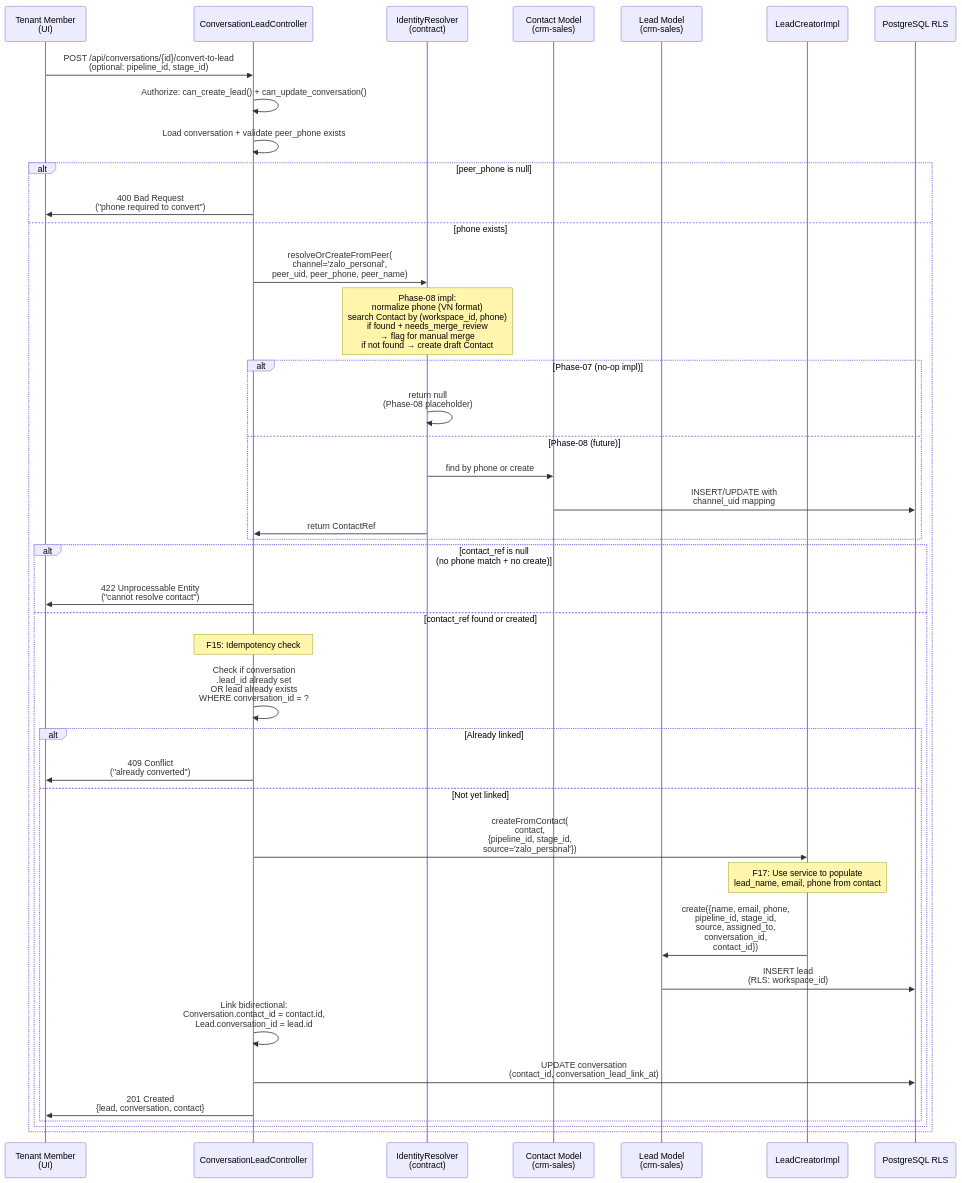
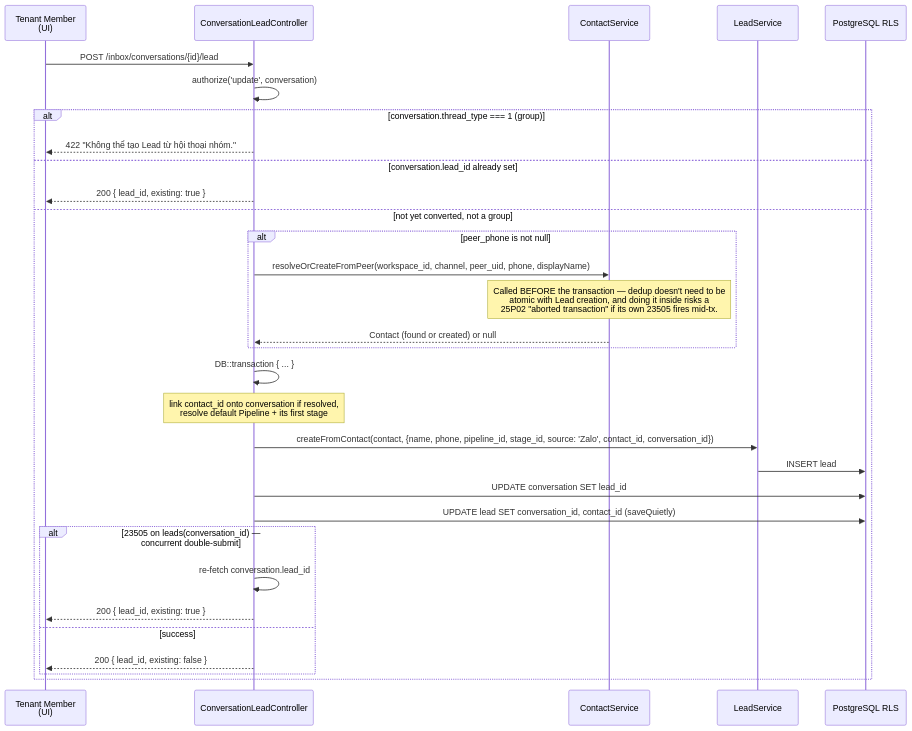
The diagram in docs/features/messaging/conversation-to-lead.md (locdev-2001/yona), drawn with Mermaid before and after one commit. The commit also changed other lines of this file and 292 other files, not shown here.

Commit message:
chore(inbox): baseline snapshot P07-P09 uncommitted work (pre-existing on main, committed as-is for P10-P12 base)

````diff
--- a/docs/features/messaging/conversation-to-lead.md
+++ b/docs/features/messaging/conversation-to-lead.md
@@ -29,52 +27,37 @@
 ```mermaid
 sequenceDiagram
     participant User as Tenant Member<br/>(UI)
     participant Controller as ConversationLeadController
-    participant IdentityResolver as IdentityResolver<br/>(contract)
-    participant Contact as Contact Model<br/>(crm-sales)
-    participant Lead as Lead Model<br/>(crm-sales)
-    participant LeadCreator as LeadCreatorImpl
+    participant ContactSvc as ContactService
+    participant LeadSvc as LeadService
     participant RLS as PostgreSQL RLS
 
-    User->>Controller: POST /api/conversations/{id}/convert-to-lead<br/>(optional: pipeline_id, stage_id)
-    Controller->>Controller: Authorize: can_create_lead() + can_update_conversation()
-    Controller->>Controller: Load conversation + validate peer_phone exists
-    
-    alt peer_phone is null
-        Controller->>User: 400 Bad Request<br/>("phone required to convert")
-    else phone exists
-        Controller->>IdentityResolver: resolveOrCreateFromPeer(<br/>channel='zalo_personal',<br/>peer_uid, peer_phone, peer_name)
-        
-        Note over IdentityResolver: Phase-08 impl: <br/>normalize phone (VN format)<br/>search Contact by (workspace_id, phone)<br/>if found + needs_merge_review<br/>→ flag for manual merge<br/>if not found → create draft Contact
-        
-        alt Phase-07 (no-op impl)
-            IdentityResolver->>IdentityResolver: return null<br/>(Phase-08 placeholder)
-        else Phase-08 (future)
-            IdentityResolver->>Contact: find by phone or create
-            Contact->>RLS: INSERT/UPDATE with<br/>channel_uid mapping
-            IdentityResolver->>Controller: return ContactRef
+    User->>Controller: POST /inbox/conversations/{id}/lead
+    Controller->>Controller: authorize('update', conversation)
+
+    alt conversation.thread_type === 1 (group)
+        Controller-->>User: 422 "Không thể tạo Lead từ hội thoại nhóm."
+    else conversation.lead_id already set
+        Controller-->>User: 200 { lead_id, existing: true }
+    else not yet converted, not a group
+        alt peer_phone is not null
+            Controller->>ContactSvc: resolveOrCreateFromPeer(workspace_id, channel, peer_uid, phone, displayName)
+            Note over ContactSvc: Called BEFORE the transaction — dedup doesn't need to be<br/>atomic with Lead creation, and doing it inside risks a<br/>25P02 "aborted transaction" if its own 23505 fires mid-tx.
+            ContactSvc-->>Controller: Contact (found or created) or null
         end
-        
-        alt contact_ref is null<br/>(no phone match + no create)
-            Controller->>User: 422 Unprocessable Entity<br/>("cannot resolve contact")
-        else contact_ref found or created
-            Note over Controller: F15: Idempotency check
-            Controller->>Controller: Check if conversation<br/>.lead_id already set<br/>OR lead already exists<br/>WHERE conversation_id = ?
-            
-            alt Already linked
-                Controller->>User: 409 Conflict<br/>("already converted")
-            else Not yet linked
-                Controller->>LeadCreator: createFromContact(<br/>contact, <br/>{pipeline_id, stage_id, <br/>source='zalo_personal'})
-                
-                Note over LeadCreator: F17: Use service to populate<br/>lead_name, email, phone from contact
-                LeadCreator->>Lead: create({name, email, phone, <br/>pipeline_id, stage_id, <br/>source, assigned_to, <br/>conversation_id, <br/>contact_id})
-                Lead->>RLS: INSERT lead<br/>(RLS: workspace_id)
-                
-                Controller->>Controller: Link bidirectional:<br/>Conversation.contact_id = contact.id,<br/>Lead.conversation_id = lead.id
-                Controller->>RLS: UPDATE conversation<br/>(contact_id, conversation_lead_link_at)
-                
-                Controller->>User: 201 Created<br/>{lead, conversation, contact}
-            end
+
+        Controller->>Controller: DB::transaction { ... }
+        Note over Controller: link contact_id onto conversation if resolved,<br/>resolve default Pipeline + its first stage
+        Controller->>LeadSvc: createFromContact(contact, {name, phone, pipeline_id, stage_id, source: 'Zalo', contact_id, conversation_id})
+        LeadSvc->>RLS: INSERT lead
+        Controller->>RLS: UPDATE conversation SET lead_id
+        Controller->>RLS: UPDATE lead SET conversation_id, contact_id (saveQuietly)
+
+        alt 23505 on leads(conversation_id) — concurrent double-submit
+            Controller->>Controller: re-fetch conversation.lead_id
+            Controller-->>User: 200 { lead_id, existing: true }
+        else success
+            Controller-->>User: 200 { lead_id, existing: false }
         end
     end
 ```
````
